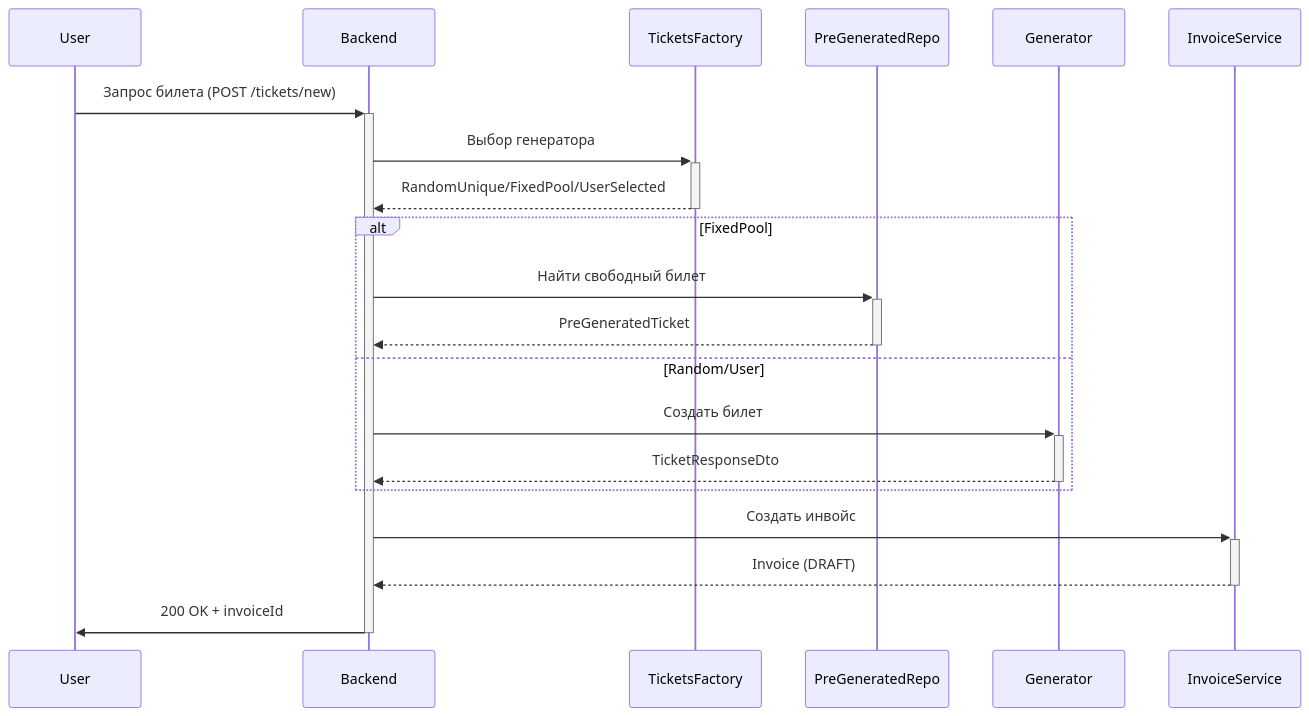
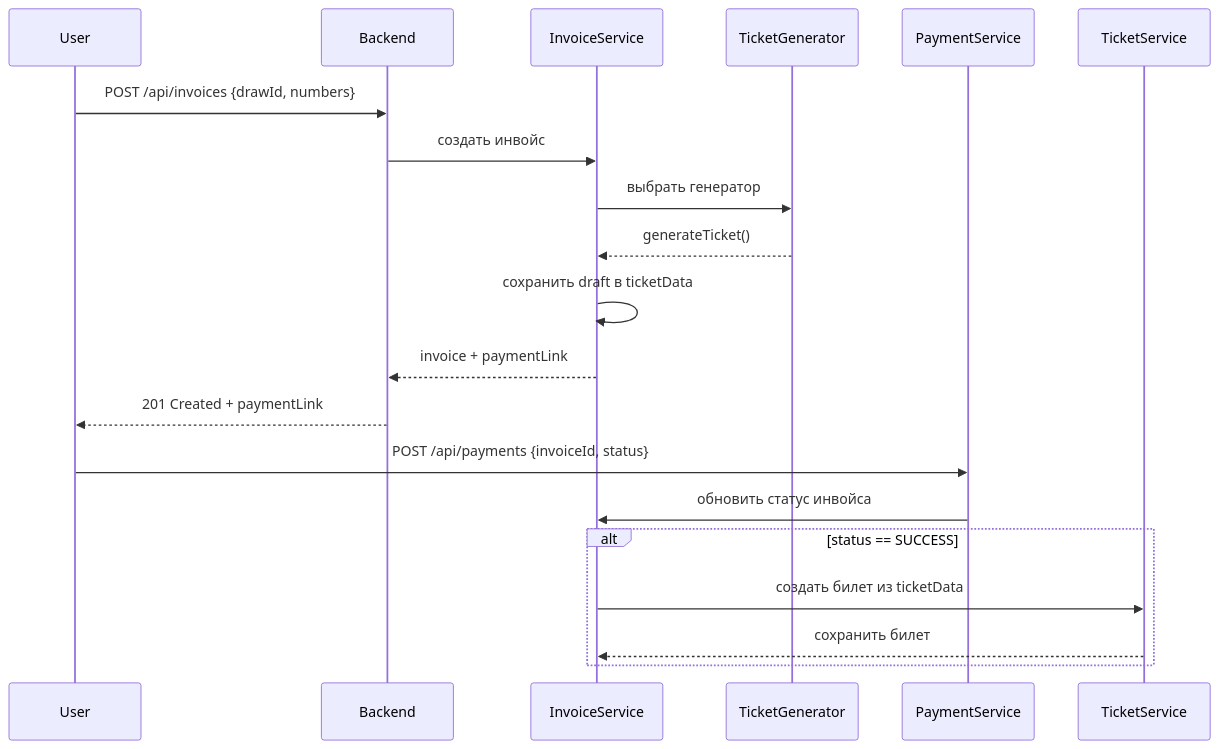
The diagram in README.md (BadLagger/MiFiLottery), drawn with Mermaid before and after one commit. The commit also changed other lines of this file, not shown here.

````diff
--- a/README.md
+++ b/README.md
@@ -465,16 +624,23 @@
 ```mermaid
 sequenceDiagram
-    User->>+Backend: Запрос билета (POST /tickets/new)
-    Backend->>+TicketsFactory: Выбор генератора
-    TicketsFactory-->>-Backend: RandomUnique/FixedPool/UserSelected
-    alt FixedPool
-        Backend->>+PreGeneratedRepo: Найти свободный билет
-        PreGeneratedRepo-->>-Backend: PreGeneratedTicket
-    else Random/User
-        Backend->>+Generator: Создать билет
-        Generator-->>-Backend: TicketResponseDto
+    participant User
+    participant Backend
+    participant InvoiceService
+    participant TicketGenerator
+    participant PaymentService
+
+    User->>Backend: POST /api/invoices {drawId, numbers}
+    Backend->>InvoiceService: создать инвойс
+    InvoiceService->>TicketGenerator: выбрать генератор
+    TicketGenerator-->>InvoiceService: generateTicket()
+    InvoiceService->>InvoiceService: сохранить draft в ticketData
+    InvoiceService-->>Backend: invoice + paymentLink
+    Backend-->>User: 201 Created + paymentLink
+
+    User->>PaymentService: POST /api/payments {invoiceId, status}
+    PaymentService->>InvoiceService: обновить статус инвойса
+    alt status == SUCCESS
+        InvoiceService->>TicketService: создать билет из ticketData
+        TicketService-->>InvoiceService: сохранить билет
     end
-    Backend->>+InvoiceService: Создать инвойс
-    InvoiceService-->>-Backend: Invoice (DRAFT)
-    Backend->>-User: 200 OK + invoiceId
 ```
````
